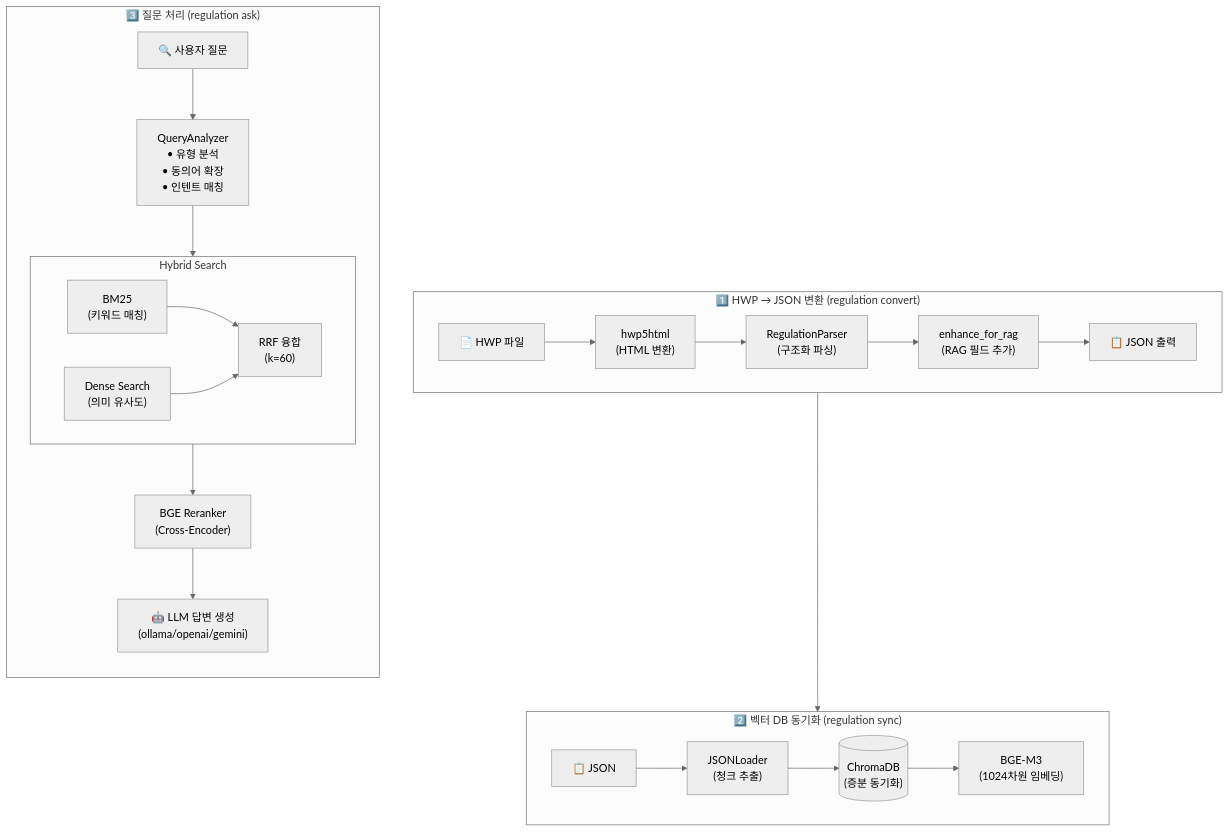
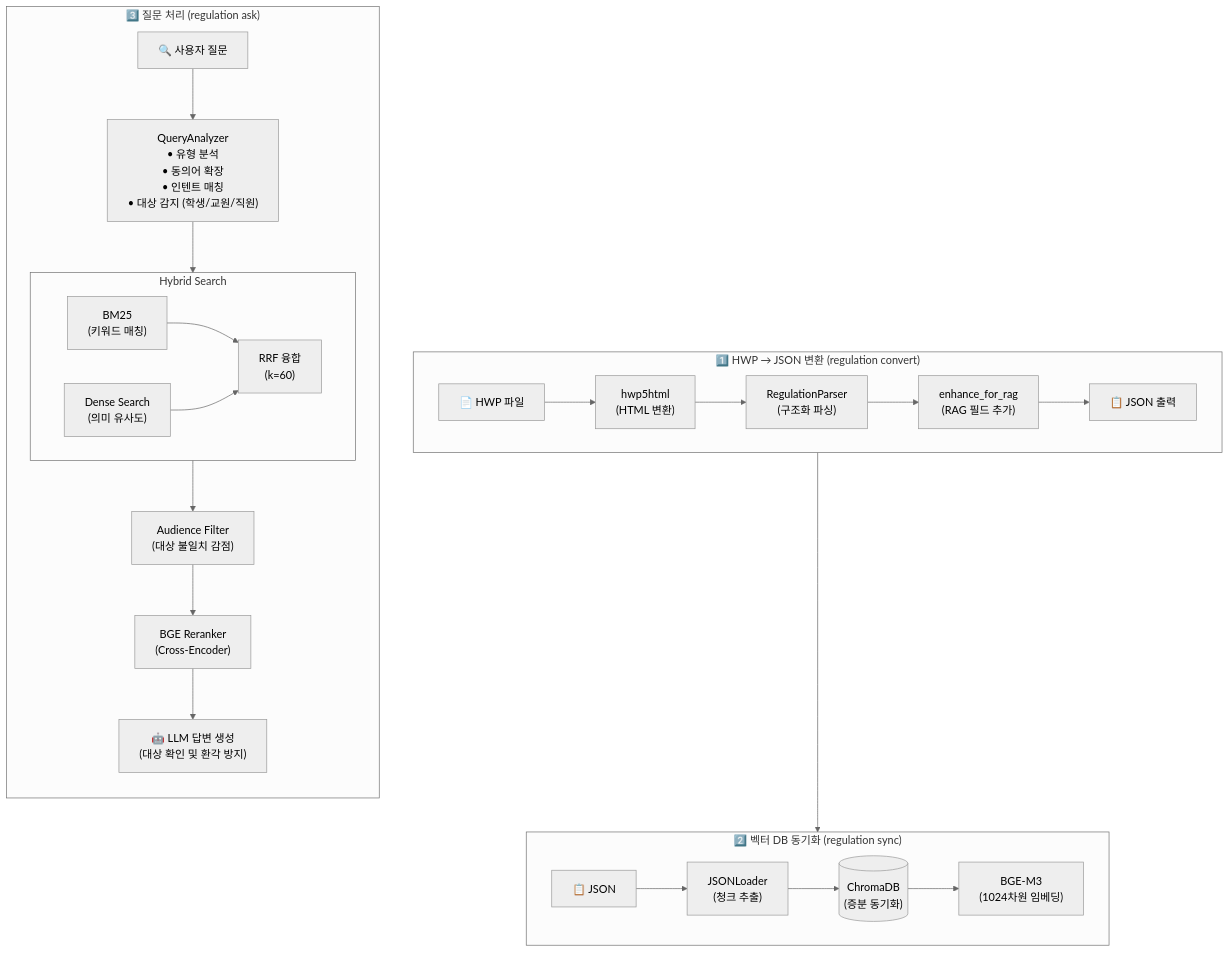
Before and after one commit to seo-jinseok/regulation_manager: the second of 3 diagrams in README.md, drawn with Mermaid (neutral theme). The commit also changed other lines of this file and 1 other file, not shown here.

````diff
--- a/README.md
+++ b/README.md
@@ -156,34 +156,35 @@
 ```mermaid
 flowchart TB
     subgraph CONVERT ["1️⃣ HWP → JSON 변환 (regulation convert)"]
         direction LR
         HWP["📄 HWP 파일"] --> hwp5html["hwp5html\n(HTML 변환)"]
         hwp5html --> Parser["RegulationParser\n(구조화 파싱)"]
         Parser --> Enhance["enhance_for_rag\n(RAG 필드 추가)"]
         Enhance --> JSON["📋 JSON 출력"]
     end
 
     subgraph SYNC ["2️⃣ 벡터 DB 동기화 (regulation sync)"]
         direction LR
         JSON2["📋 JSON"] --> Loader["JSONLoader\n(청크 추출)"]
         Loader --> Chroma[("ChromaDB\n(증분 동기화)")]
         Chroma --> Embed["BGE-M3\n(1024차원 임베딩)"]
     end
 
     subgraph ASK ["3️⃣ 질문 처리 (regulation ask)"]
         direction TB
-        Query["🔍 사용자 질문"] --> Analyzer["QueryAnalyzer\n• 유형 분석\n• 동의어 확장\n• 인텐트 매칭"]
+        Query["🔍 사용자 질문"] --> Analyzer["QueryAnalyzer\n• 유형 분석\n• 동의어 확장\n• 인텐트 매칭\n• 대상 감지 (학생/교원/직원)"]
         
         subgraph HYBRID ["Hybrid Search"]
             direction LR
             BM25["BM25\n(키워드 매칭)"] --> RRF["RRF 융합\n(k=60)"]
             Dense["Dense Search\n(의미 유사도)"] --> RRF
         end
         
         Analyzer --> HYBRID
-        RRF --> Reranker["BGE Reranker\n(Cross-Encoder)"]
-        Reranker --> LLM["🤖 LLM 답변 생성\n(ollama/openai/gemini)"]
+        RRF --> Filter["Audience Filter\n(대상 불일치 감점)"]
+        Filter --> Reranker["BGE Reranker\n(Cross-Encoder)"]
+        Reranker --> LLM["🤖 LLM 답변 생성\n(대상 확인 및 환각 방지)"]
     end
 
     JSON --> JSON2
 ```
````
